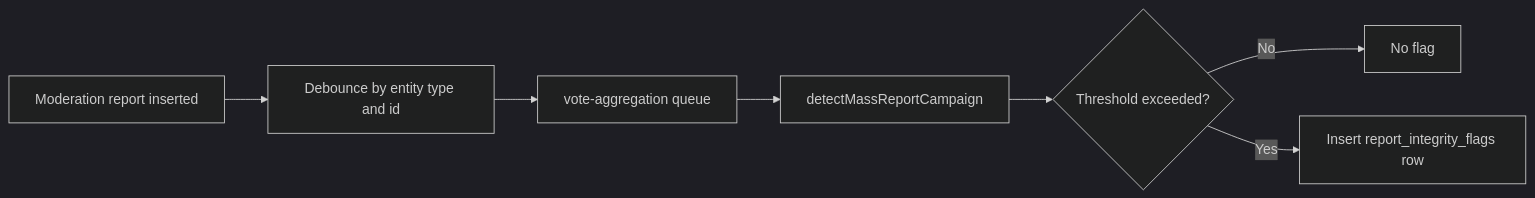
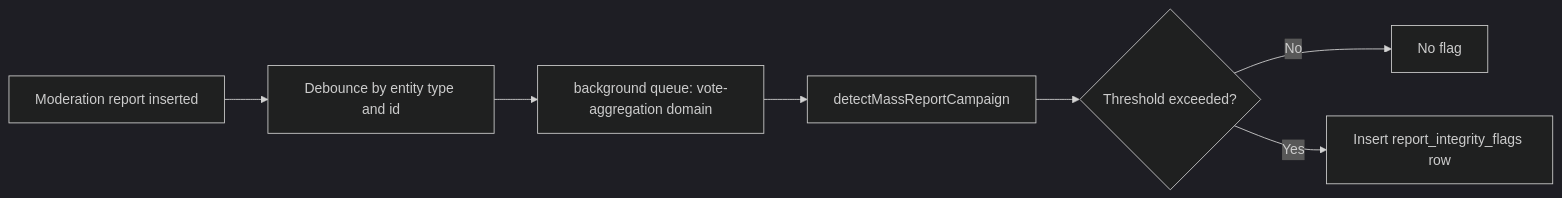
Before and after one commit to vouchington/vouchington: the diagram in docs/overview/architecture/queues/report-integrity/README.md, drawn with Mermaid (dark theme). The commit also changed other lines of this file and 184 other files, not shown here.

First line of the commit message:
feat(queues): move content and vote queues into the background queue

````diff
--- a/docs/overview/architecture/queues/report-integrity/README.md
+++ b/docs/overview/architecture/queues/report-integrity/README.md
@@ -7,9 +7,9 @@
 ```mermaid
 flowchart LR
   report[Moderation report inserted] --> debounce[Debounce by entity type and id]
-  debounce --> queue[vote-aggregation queue]
+  debounce --> queue[background queue: vote-aggregation domain]
   queue --> detect[detectMassReportCampaign]
   detect --> threshold{Threshold exceeded?}
   threshold -- No --> done[No flag]
   threshold -- Yes --> flag[Insert report_integrity_flags row]
 ```
````
